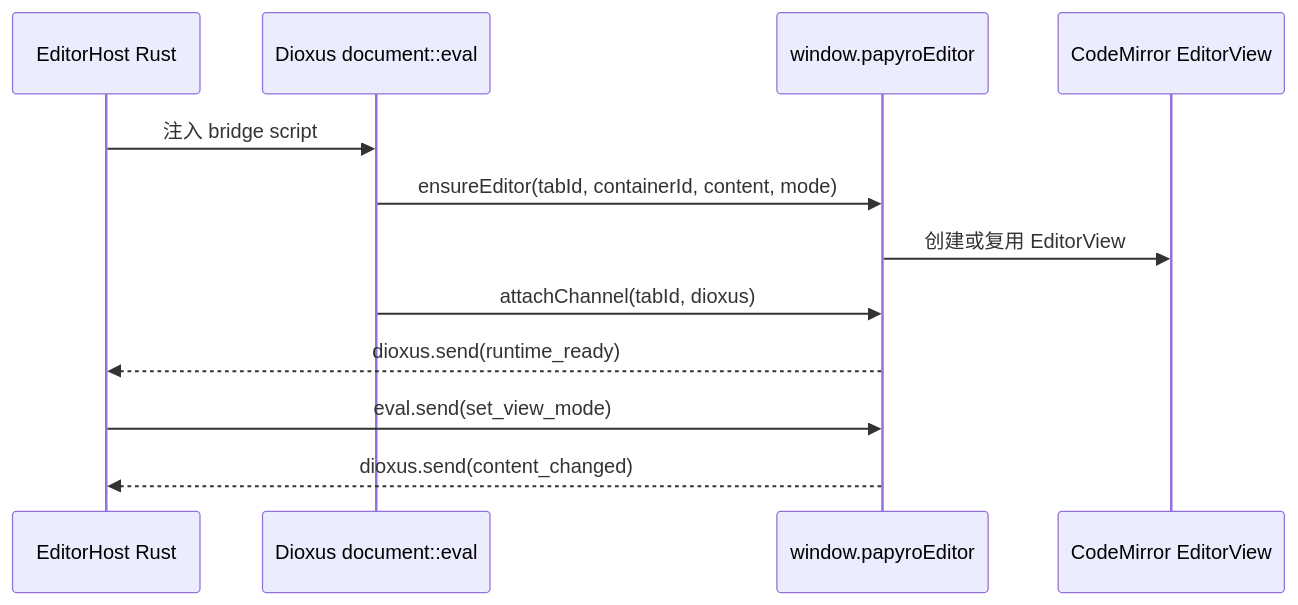
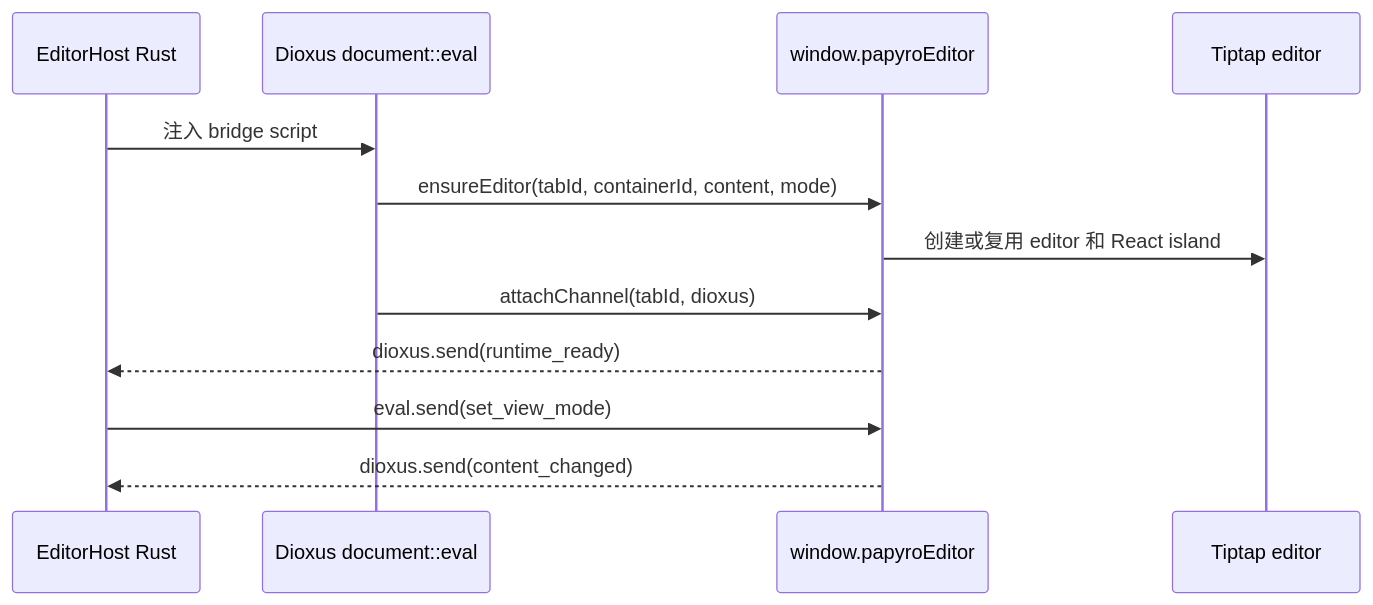
The sixth of 8 diagrams in docs/zh-CN/architecture.md (Youzi2233/papyro), drawn with Mermaid before and after one commit. The commit also changed other lines of this file and 25 other files, not shown here.

Commit message:
refactor: establish tiptap react island

````diff
--- a/docs/zh-CN/architecture.md
+++ b/docs/zh-CN/architecture.md
@@ -540,15 +542,15 @@
 ```mermaid
 sequenceDiagram
     participant Rust as EditorHost Rust
     participant Eval as Dioxus document::eval
     participant JS as window.papyroEditor
-    participant CM as CodeMirror EditorView
+    participant TT as Tiptap editor
 
     Rust->>Eval: 注入 bridge script
     Eval->>JS: ensureEditor(tabId, containerId, content, mode)
-    JS->>CM: 创建或复用 EditorView
+    JS->>TT: 创建或复用 editor 和 React island
     Eval->>JS: attachChannel(tabId, dioxus)
     JS-->>Rust: dioxus.send(runtime_ready)
     Rust->>JS: eval.send(set_view_mode)
     JS-->>Rust: dioxus.send(content_changed)
 ```
````
